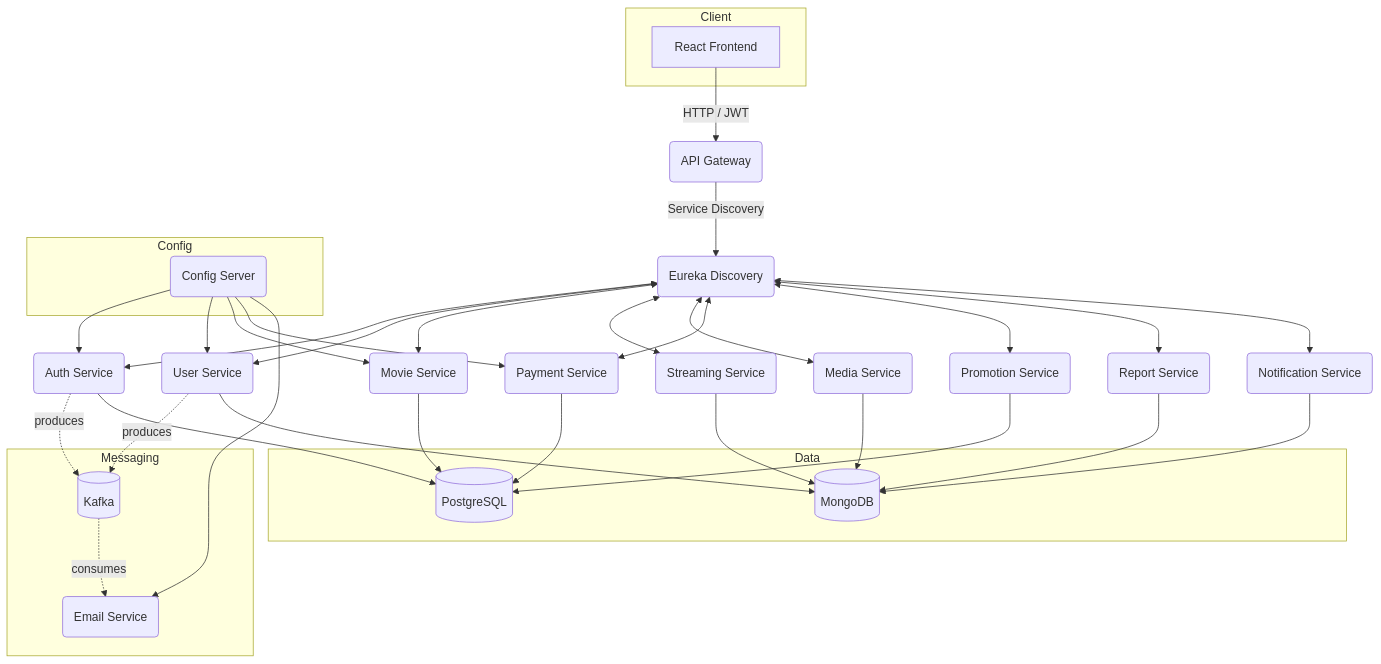
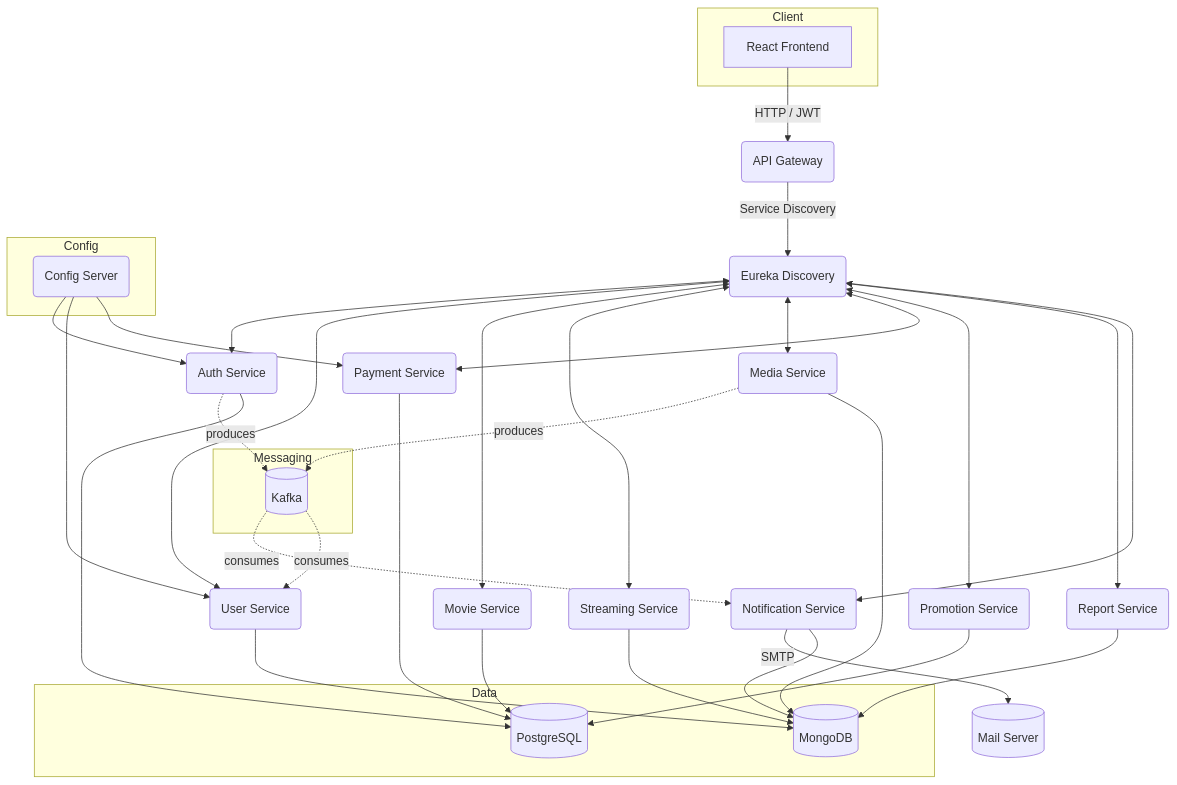
One commit to 81quanghuy/NovaPlay changed the diagram in README.md. Above: the diagram before and after it, drawn with Mermaid. The commit also changed other lines of this file and 15 other files, not shown here.

````diff
--- a/README.md
+++ b/README.md
@@ -72,49 +72,48 @@
 ```mermaid
 flowchart TD
     subgraph Client
         FE[React Frontend]
     end
     FE -- HTTP / JWT --> APIGW(API Gateway)
     APIGW -- Service Discovery --> DISC(Eureka Discovery)
     DISC <--> AUTH(Auth Service)
     DISC <--> USER(User Service)
     DISC <--> MOVIE(Movie Service)
     DISC <--> STREAM(Streaming Service)
     DISC <--> MEDIA(Media Service)
     DISC <--> PAYMENT(Payment Service)
     DISC <--> PROMO(Promotion Service)
     DISC <--> REPORT(Report Service)
     DISC <--> NOTIF(Notification Service)
     subgraph Messaging
         KAFKA[(Kafka)]
-        EMAIL(Email Service)
     end
 
     AUTH -. produces .-> KAFKA
-    USER -. produces .-> KAFKA
-    KAFKA -. consumes .-> EMAIL
+    MEDIA -. produces .-> KAFKA
+    KAFKA -. consumes .-> NOTIF
+    KAFKA -. consumes .-> USER
+    NOTIF -- SMTP --> SMTP[(Mail Server)]
 
     subgraph Data
         POSTGRES[(PostgreSQL)]
         MONGO[(MongoDB)]
     end
     USER --> MONGO
     AUTH --> POSTGRES
     MOVIE --> POSTGRES
     PAYMENT --> POSTGRES
     PROMO --> POSTGRES
     NOTIF --> MONGO
     MEDIA --> MONGO
     REPORT--> MONGO
     STREAM --> MONGO
 
     subgraph Config
         CONFIG(Config Server)
     end
 
     CONFIG --> AUTH
     CONFIG --> USER
-    CONFIG --> MOVIE
     CONFIG --> PAYMENT
-    CONFIG --> EMAIL
 ```
````
